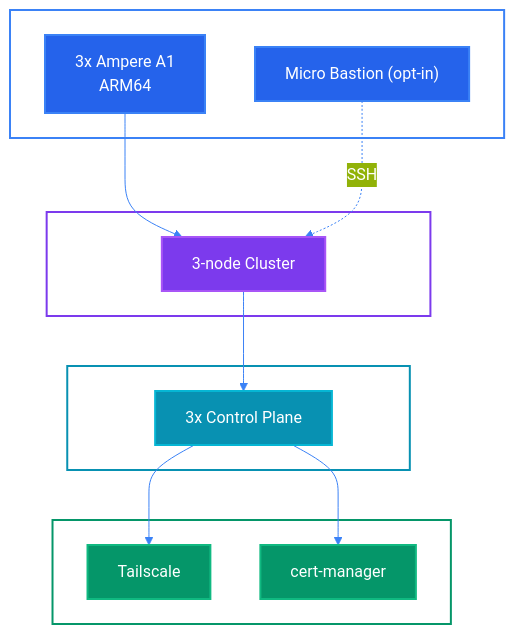
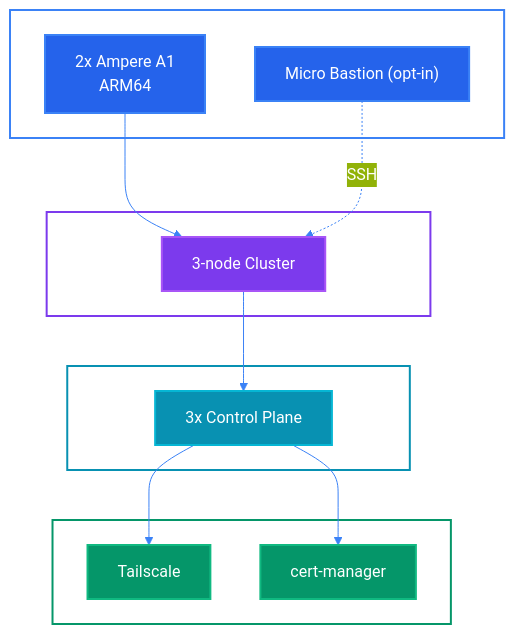
One commit to syscode-labs/oci-free-tier-manager changed the fifth of 13 diagrams in docs/ARCHITECTURE-DIAGRAMS.md. Above: the diagram before and after it, drawn with Mermaid. The commit also changed other lines of this file and 6 other files, not shown here.

````diff
--- a/docs/ARCHITECTURE-DIAGRAMS.md
+++ b/docs/ARCHITECTURE-DIAGRAMS.md
@@ -158,38 +158,38 @@
 ```mermaid
 %%{init: {'theme':'base', 'themeVariables': { 'primaryColor':'#0891b2','primaryTextColor':'#fff','primaryBorderColor':'#06b6d4','lineColor':'#3b82f6','textColor':'#fff'}}}%%
 graph TB
     subgraph OCI["OCI Infrastructure"]
-        Ampere["3x Ampere A1<br/>ARM64"]
+        Ampere["2x Ampere A1<br/>ARM64"]
         Bastion["Micro Bastion (opt-in)"]
     end
 
     subgraph Proxmox["Proxmox + Ceph"]
         PVE["3-node Cluster"]
     end
 
     subgraph Talos["Talos K8s"]
         CP["3x Control Plane"]
     end
 
     subgraph Apps["Applications"]
         TS["Tailscale"]
         CM["cert-manager"]
     end
 
     Ampere --> PVE
     PVE --> CP
     CP --> TS
     CP --> CM
     Bastion -.SSH.-> PVE
 
     style Ampere fill:#2563eb,stroke:#3b82f6,stroke-width:2px,color:#fff
     style Bastion fill:#2563eb,stroke:#3b82f6,stroke-width:2px,color:#fff
     style PVE fill:#7c3aed,stroke:#a855f7,stroke-width:2px,color:#fff
     style CP fill:#0891b2,stroke:#06b6d4,stroke-width:2px,color:#fff
     style TS fill:#059669,stroke:#10b981,stroke-width:2px,color:#fff
     style CM fill:#059669,stroke:#10b981,stroke-width:2px,color:#fff
     style OCI fill:transparent,stroke:#3b82f6,stroke-width:2px,color:#fff
     style Proxmox fill:transparent,stroke:#7c3aed,stroke-width:2px,color:#fff
     style Talos fill:transparent,stroke:#0891b2,stroke-width:2px,color:#fff
     style Apps fill:transparent,stroke:#059669,stroke-width:2px,color:#fff
 ```
````
